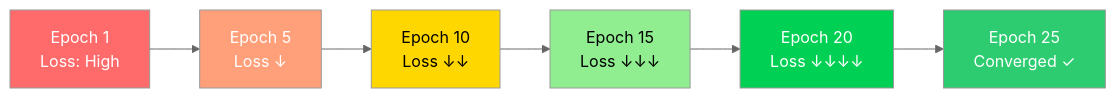
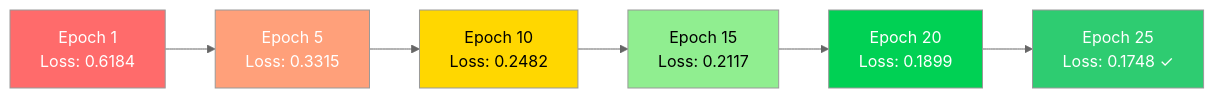
Before and after one commit to IdealAnkit/breast-cancer-detection-pytorch: the sixth of 6 diagrams in README.md, drawn with Mermaid (neutral theme). The commit also changed other lines of this file and 2 other files, not shown here.

````diff
--- a/README.md
+++ b/README.md
@@ -529,15 +767,15 @@
 ```mermaid
 graph LR
-    E1[Epoch 1<br/>Loss: High] --> E5[Epoch 5<br/>Loss ↓]
-    E5 --> E10[Epoch 10<br/>Loss ↓↓]
-    E10 --> E15[Epoch 15<br/>Loss ↓↓↓]
-    E15 --> E20[Epoch 20<br/>Loss ↓↓↓↓]
-    E20 --> E25[Epoch 25<br/>Converged ✓]
+    E1[Epoch 1<br/>Loss: 0.6184] --> E5[Epoch 5<br/>Loss: 0.3315]
+    E5 --> E10[Epoch 10<br/>Loss: 0.2482]
+    E10 --> E15[Epoch 15<br/>Loss: 0.2117]
+    E15 --> E20[Epoch 20<br/>Loss: 0.1899]
+    E20 --> E25[Epoch 25<br/>Loss: 0.1748 ✓]
 
     style E1 fill:#ff6b6b,color:#fff
     style E5 fill:#ffa07a,color:#fff
     style E10 fill:#ffd700
     style E15 fill:#90ee90
     style E20 fill:#00d154,color:#fff
     style E25 fill:#2ecc71,color:#fff
 ```
````
